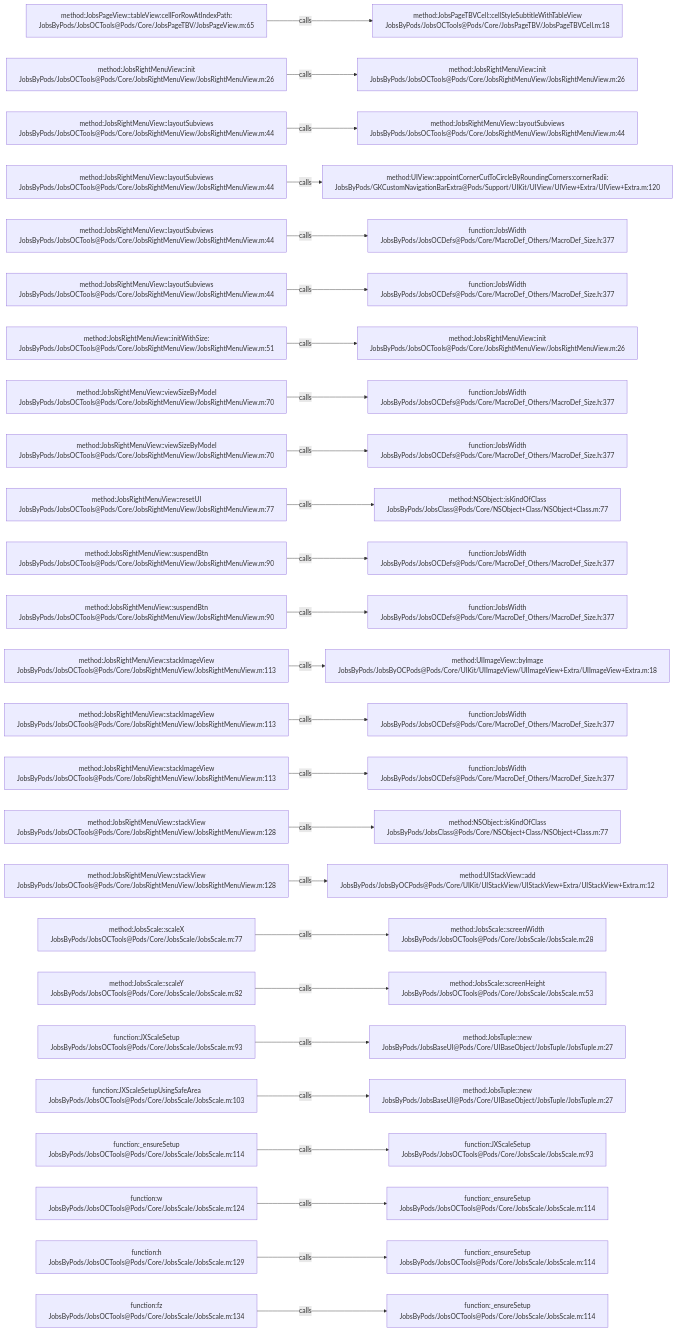
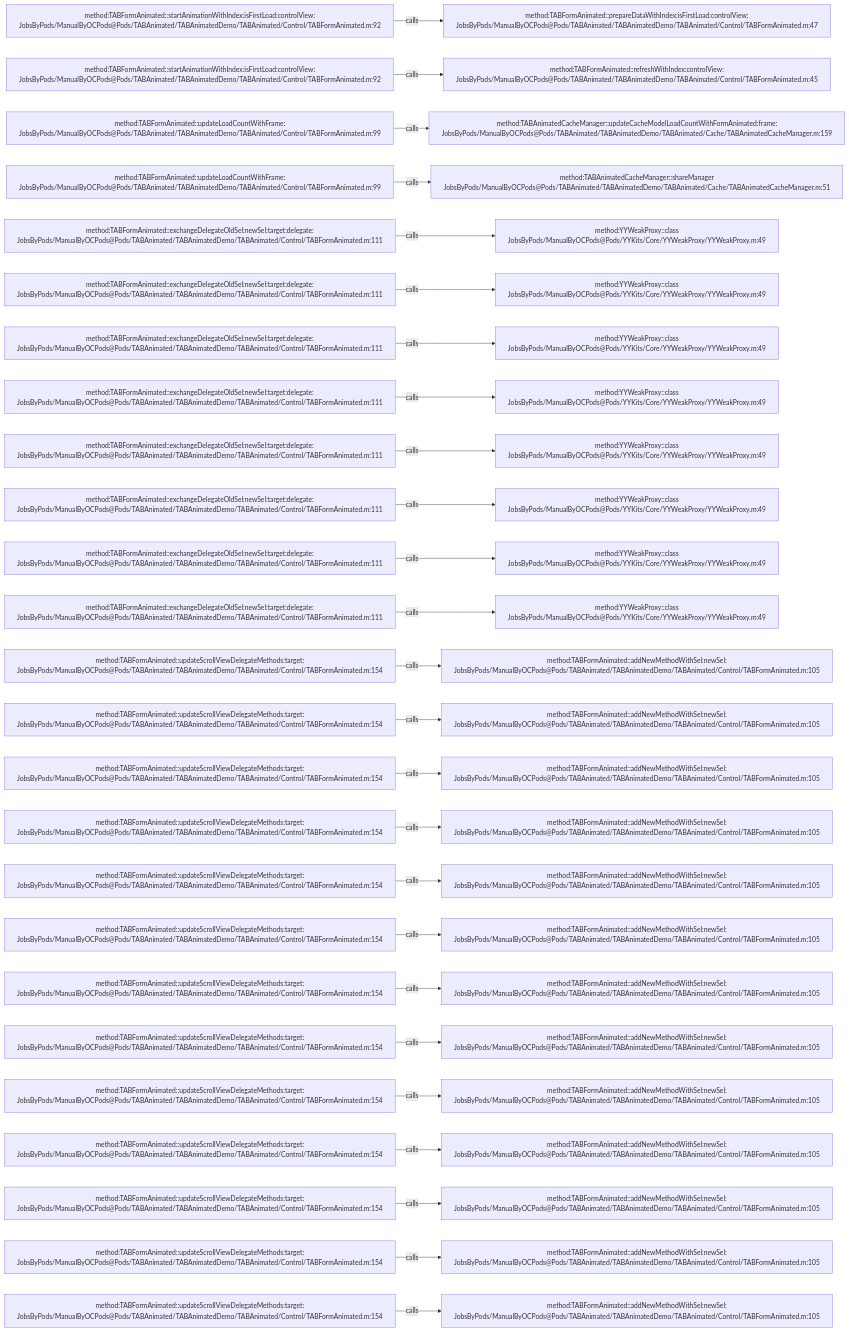
The diagram in .codegraph/codegraph.md/graphs/calls-199.md (JobsKits/JobsOCBaseConfigDemo), drawn with Mermaid before and after one commit. The commit also changed 1026 other files, not shown here.

````diff
--- a/.codegraph/codegraph.md/graphs/calls-199.md
+++ b/.codegraph/codegraph.md/graphs/calls-199.md
@@ -13,78 +13,78 @@
 ```mermaid
 flowchart LR
-  S1["method:JobsPageView::tableView:cellForRowAtIndexPath:<br/>JobsByPods/JobsOCTools@Pods/Core/JobsPageTBV/JobsPageView.m:65"]
-  T1["method:JobsPageTBVCell::cellStyleSubtitleWithTableView<br/>JobsByPods/JobsOCTools@Pods/Core/JobsPageTBV/JobsPageTBVCell.m:18"]
+  S1["method:TABFormAnimated::startAnimationWithIndex:isFirstLoad:controlView:<br/>JobsByPods/ManualByOCPods@Pods/TABAnimated/TABAnimatedDemo/TABAnimated/Control/TABFormAnimated.m:92"]
+  T1["method:TABFormAnimated::prepareDataWithIndex:isFirstLoad:controlView:<br/>JobsByPods/ManualByOCPods@Pods/TABAnimated/TABAnimatedDemo/TABAnimated/Control/TABFormAnimated.m:47"]
   S1 -->|calls| T1
-  S2["method:JobsRightMenuView::init<br/>JobsByPods/JobsOCTools@Pods/Core/JobsRightMenuView/JobsRightMenuView.m:26"]
-  T2["method:JobsRightMenuView::init<br/>JobsByPods/JobsOCTools@Pods/Core/JobsRightMenuView/JobsRightMenuView.m:26"]
+  S2["method:TABFormAnimated::startAnimationWithIndex:isFirstLoad:controlView:<br/>JobsByPods/ManualByOCPods@Pods/TABAnimated/TABAnimatedDemo/TABAnimated/Control/TABFormAnimated.m:92"]
+  T2["method:TABFormAnimated::refreshWithIndex:controlView:<br/>JobsByPods/ManualByOCPods@Pods/TABAnimated/TABAnimatedDemo/TABAnimated/Control/TABFormAnimated.m:45"]
   S2 -->|calls| T2
-  S3["method:JobsRightMenuView::layoutSubviews<br/>JobsByPods/JobsOCTools@Pods/Core/JobsRightMenuView/JobsRightMenuView.m:44"]
-  T3["method:JobsRightMenuView::layoutSubviews<br/>JobsByPods/JobsOCTools@Pods/Core/JobsRightMenuView/JobsRightMenuView.m:44"]
+  S3["method:TABFormAnimated::updateLoadCountWithFrame:<br/>JobsByPods/ManualByOCPods@Pods/TABAnimated/TABAnimatedDemo/TABAnimated/Control/TABFormAnimated.m:99"]
+  T3["method:TABAnimatedCacheManager::updateCacheModelLoadCountWithFormAnimated:frame:<br/>JobsByPods/ManualByOCPods@Pods/TABAnimated/TABAnimatedDemo/TABAnimated/Cache/TABAnimatedCacheManager.m:159"]
   S3 -->|calls| T3
-  S4["method:JobsRightMenuView::layoutSubviews<br/>JobsByPods/JobsOCTools@Pods/Core/JobsRightMenuView/JobsRightMenuView.m:44"]
-  T4["method:UIView::appointCornerCutToCircleByRoundingCorners:cornerRadii:<br/>JobsByPods/GKCustomNavigationBarExtra@Pods/Support/UIKit/UIView/UIView+Extra/UIView+Extra.m:120"]
+  S4["method:TABFormAnimated::updateLoadCountWithFrame:<br/>JobsByPods/ManualByOCPods@Pods/TABAnimated/TABAnimatedDemo/TABAnimated/Control/TABFormAnimated.m:99"]
+  T4["method:TABAnimatedCacheManager::shareManager<br/>JobsByPods/ManualByOCPods@Pods/TABAnimated/TABAnimatedDemo/TABAnimated/Cache/TABAnimatedCacheManager.m:51"]
   S4 -->|calls| T4
-  S5["method:JobsRightMenuView::layoutSubviews<br/>JobsByPods/JobsOCTools@Pods/Core/JobsRightMenuView/JobsRightMenuView.m:44"]
-  T5["function:JobsWidth<br/>JobsByPods/JobsOCDefs@Pods/Core/MacroDef_Others/MacroDef_Size.h:377"]
+  S5["method:TABFormAnimated::exchangeDelegateOldSel:newSel:target:delegate:<br/>JobsByPods/ManualByOCPods@Pods/TABAnimated/TABAnimatedDemo/TABAnimated/Control/TABFormAnimated.m:111"]
+  T5["method:YYWeakProxy::class<br/>JobsByPods/ManualByOCPods@Pods/YYKits/Core/YYWeakProxy/YYWeakProxy.m:49"]
   S5 -->|calls| T5
-  S6["method:JobsRightMenuView::layoutSubviews<br/>JobsByPods/JobsOCTools@Pods/Core/JobsRightMenuView/JobsRightMenuView.m:44"]
-  T6["function:JobsWidth<br/>JobsByPods/JobsOCDefs@Pods/Core/MacroDef_Others/MacroDef_Size.h:377"]
+  S6["method:TABFormAnimated::exchangeDelegateOldSel:newSel:target:delegate:<br/>JobsByPods/ManualByOCPods@Pods/TABAnimated/TABAnimatedDemo/TABAnimated/Control/TABFormAnimated.m:111"]
+  T6["method:YYWeakProxy::class<br/>JobsByPods/ManualByOCPods@Pods/YYKits/Core/YYWeakProxy/YYWeakProxy.m:49"]
   S6 -->|calls| T6
-  S7["method:JobsRightMenuView::initWithSize:<br/>JobsByPods/JobsOCTools@Pods/Core/JobsRightMenuView/JobsRightMenuView.m:51"]
-  T7["method:JobsRightMenuView::init<br/>JobsByPods/JobsOCTools@Pods/Core/JobsRightMenuView/JobsRightMenuView.m:26"]
+  S7["method:TABFormAnimated::exchangeDelegateOldSel:newSel:target:delegate:<br/>JobsByPods/ManualByOCPods@Pods/TABAnimated/TABAnimatedDemo/TABAnimated/Control/TABFormAnimated.m:111"]
+  T7["method:YYWeakProxy::class<br/>JobsByPods/ManualByOCPods@Pods/YYKits/Core/YYWeakProxy/YYWeakProxy.m:49"]
   S7 -->|calls| T7
-  S8["method:JobsRightMenuView::viewSizeByModel<br/>JobsByPods/JobsOCTools@Pods/Core/JobsRightMenuView/JobsRightMenuView.m:70"]
-  T8["function:JobsWidth<br/>JobsByPods/JobsOCDefs@Pods/Core/MacroDef_Others/MacroDef_Size.h:377"]
+  S8["method:TABFormAnimated::exchangeDelegateOldSel:newSel:target:delegate:<br/>JobsByPods/ManualByOCPods@Pods/TABAnimated/TABAnimatedDemo/TABAnimated/Control/TABFormAnimated.m:111"]
+  T8["method:YYWeakProxy::class<br/>JobsByPods/ManualByOCPods@Pods/YYKits/Core/YYWeakProxy/YYWeakProxy.m:49"]
   S8 -->|calls| T8
-  S9["method:JobsRightMenuView::viewSizeByModel<br/>JobsByPods/JobsOCTools@Pods/Core/JobsRightMenuView/JobsRightMenuView.m:70"]
-  T9["function:JobsWidth<br/>JobsByPods/JobsOCDefs@Pods/Core/MacroDef_Others/MacroDef_Size.h:377"]
+  S9["method:TABFormAnimated::exchangeDelegateOldSel:newSel:target:delegate:<br/>JobsByPods/ManualByOCPods@Pods/TABAnimated/TABAnimatedDemo/TABAnimated/Control/TABFormAnimated.m:111"]
+  T9["method:YYWeakProxy::class<br/>JobsByPods/ManualByOCPods@Pods/YYKits/Core/YYWeakProxy/YYWeakProxy.m:49"]
   S9 -->|calls| T9
-  S10["method:JobsRightMenuView::resetUI<br/>JobsByPods/JobsOCTools@Pods/Core/JobsRightMenuView/JobsRightMenuView.m:77"]
-  T10["method:NSObject::isKindOfClass<br/>JobsByPods/JobsClass@Pods/Core/NSObject+Class/NSObject+Class.m:77"]
+  S10["method:TABFormAnimated::exchangeDelegateOldSel:newSel:target:delegate:<br/>JobsByPods/ManualByOCPods@Pods/TABAnimated/TABAnimatedDemo/TABAnimated/Control/TABFormAnimated.m:111"]
+  T10["method:YYWeakProxy::class<br/>JobsByPods/ManualByOCPods@Pods/YYKits/Core/YYWeakProxy/YYWeakProxy.m:49"]
   S10 -->|calls| T10
-  S11["method:JobsRightMenuView::suspendBtn<br/>JobsByPods/JobsOCTools@Pods/Core/JobsRightMenuView/JobsRightMenuView.m:90"]
-  T11["function:JobsWidth<br/>JobsByPods/JobsOCDefs@Pods/Core/MacroDef_Others/MacroDef_Size.h:377"]
+  S11["method:TABFormAnimated::exchangeDelegateOldSel:newSel:target:delegate:<br/>JobsByPods/ManualByOCPods@Pods/TABAnimated/TABAnimatedDemo/TABAnimated/Control/TABFormAnimated.m:111"]
+  T11["method:YYWeakProxy::class<br/>JobsByPods/ManualByOCPods@Pods/YYKits/Core/YYWeakProxy/YYWeakProxy.m:49"]
   S11 -->|calls| T11
-  S12["method:JobsRightMenuView::suspendBtn<br/>JobsByPods/JobsOCTools@Pods/Core/JobsRightMenuView/JobsRightMenuView.m:90"]
-  T12["function:JobsWidth<br/>JobsByPods/JobsOCDefs@Pods/Core/MacroDef_Others/MacroDef_Size.h:377"]
+  S12["method:TABFormAnimated::exchangeDelegateOldSel:newSel:target:delegate:<br/>JobsByPods/ManualByOCPods@Pods/TABAnimated/TABAnimatedDemo/TABAnimated/Control/TABFormAnimated.m:111"]
+  T12["method:YYWeakProxy::class<br/>JobsByPods/ManualByOCPods@Pods/YYKits/Core/YYWeakProxy/YYWeakProxy.m:49"]
   S12 -->|calls| T12
-  S13["method:JobsRightMenuView::stackImageView<br/>JobsByPods/JobsOCTools@Pods/Core/JobsRightMenuView/JobsRightMenuView.m:113"]
-  T13["method:UIImageView::byImage<br/>JobsByPods/JobsByOCPods@Pods/Core/UIKit/UIImageView/UIImageView+Extra/UIImageView+Extra.m:18"]
+  S13["method:TABFormAnimated::updateScrollViewDelegateMethods:target:<br/>JobsByPods/ManualByOCPods@Pods/TABAnimated/TABAnimatedDemo/TABAnimated/Control/TABFormAnimated.m:154"]
+  T13["method:TABFormAnimated::addNewMethodWithSel:newSel:<br/>JobsByPods/ManualByOCPods@Pods/TABAnimated/TABAnimatedDemo/TABAnimated/Control/TABFormAnimated.m:105"]
   S13 -->|calls| T13
-  S14["method:JobsRightMenuView::stackImageView<br/>JobsByPods/JobsOCTools@Pods/Core/JobsRightMenuView/JobsRightMenuView.m:113"]
-  T14["function:JobsWidth<br/>JobsByPods/JobsOCDefs@Pods/Core/MacroDef_Others/MacroDef_Size.h:377"]
+  S14["method:TABFormAnimated::updateScrollViewDelegateMethods:target:<br/>JobsByPods/ManualByOCPods@Pods/TABAnimated/TABAnimatedDemo/TABAnimated/Control/TABFormAnimated.m:154"]
+  T14["method:TABFormAnimated::addNewMethodWithSel:newSel:<br/>JobsByPods/ManualByOCPods@Pods/TABAnimated/TABAnimatedDemo/TABAnimated/Control/TABFormAnimated.m:105"]
   S14 -->|calls| T14
-  S15["method:JobsRightMenuView::stackImageView<br/>JobsByPods/JobsOCTools@Pods/Core/JobsRightMenuView/JobsRightMenuView.m:113"]
-  T15["function:JobsWidth<br/>JobsByPods/JobsOCDefs@Pods/Core/MacroDef_Others/MacroDef_Size.h:377"]
+  S15["method:TABFormAnimated::updateScrollViewDelegateMethods:target:<br/>JobsByPods/ManualByOCPods@Pods/TABAnimated/TABAnimatedDemo/TABAnimated/Control/TABFormAnimated.m:154"]
+  T15["method:TABFormAnimated::addNewMethodWithSel:newSel:<br/>JobsByPods/ManualByOCPods@Pods/TABAnimated/TABAnimatedDemo/TABAnimated/Control/TABFormAnimated.m:105"]
   S15 -->|calls| T15
-  S16["method:JobsRightMenuView::stackView<br/>JobsByPods/JobsOCTools@Pods/Core/JobsRightMenuView/JobsRightMenuView.m:128"]
-  T16["method:NSObject::isKindOfClass<br/>JobsByPods/JobsClass@Pods/Core/NSObject+Class/NSObject+Class.m:77"]
+  S16["method:TABFormAnimated::updateScrollViewDelegateMethods:target:<br/>JobsByPods/ManualByOCPods@Pods/TABAnimated/TABAnimatedDemo/TABAnimated/Control/TABFormAnimated.m:154"]
+  T16["method:TABFormAnimated::addNewMethodWithSel:newSel:<br/>JobsByPods/ManualByOCPods@Pods/TABAnimated/TABAnimatedDemo/TABAnimated/Control/TABFormAnimated.m:105"]
   S16 -->|calls| T16
-  S17["method:JobsRightMenuView::stackView<br/>JobsByPods/JobsOCTools@Pods/Core/JobsRightMenuView/JobsRightMenuView.m:128"]
-  T17["method:UIStackView::add<br/>JobsByPods/JobsByOCPods@Pods/Core/UIKit/UIStackView/UIStackView+Extra/UIStackView+Extra.m:12"]
+  S17["method:TABFormAnimated::updateScrollViewDelegateMethods:target:<br/>JobsByPods/ManualByOCPods@Pods/TABAnimated/TABAnimatedDemo/TABAnimated/Control/TABFormAnimated.m:154"]
+  T17["method:TABFormAnimated::addNewMethodWithSel:newSel:<br/>JobsByPods/ManualByOCPods@Pods/TABAnimated/TABAnimatedDemo/TABAnimated/Control/TABFormAnimated.m:105"]
   S17 -->|calls| T17
-  S18["method:JobsScale::scaleX<br/>JobsByPods/JobsOCTools@Pods/Core/JobsScale/JobsScale.m:77"]
-  T18["method:JobsScale::screenWidth<br/>JobsByPods/JobsOCTools@Pods/Core/JobsScale/JobsScale.m:28"]
+  S18["method:TABFormAnimated::updateScrollViewDelegateMethods:target:<br/>JobsByPods/ManualByOCPods@Pods/TABAnimated/TABAnimatedDemo/TABAnimated/Control/TABFormAnimated.m:154"]
+  T18["method:TABFormAnimated::addNewMethodWithSel:newSel:<br/>JobsByPods/ManualByOCPods@Pods/TABAnimated/TABAnimatedDemo/TABAnimated/Control/TABFormAnimated.m:105"]
   S18 -->|calls| T18
-  S19["method:JobsScale::scaleY<br/>JobsByPods/JobsOCTools@Pods/Core/JobsScale/JobsScale.m:82"]
-  T19["method:JobsScale::screenHeight<br/>JobsByPods/JobsOCTools@Pods/Core/JobsScale/JobsScale.m:53"]
+  S19["method:TABFormAnimated::updateScrollViewDelegateMethods:target:<br/>JobsByPods/ManualByOCPods@Pods/TABAnimated/TABAnimatedDemo/TABAnimated/Control/TABFormAnimated.m:154"]
+  T19["method:TABFormAnimated::addNewMethodWithSel:newSel:<br/>JobsByPods/ManualByOCPods@Pods/TABAnimated/TABAnimatedDemo/TABAnimated/Control/TABFormAnimated.m:105"]
   S19 -->|calls| T19
-  S20["function:JXScaleSetup<br/>JobsByPods/JobsOCTools@Pods/Core/JobsScale/JobsScale.m:93"]
-  T20["method:JobsTuple::new<br/>JobsByPods/JobsBaseUI@Pods/Core/UIBaseObject/JobsTuple/JobsTuple.m:27"]
+  S20["method:TABFormAnimated::updateScrollViewDelegateMethods:target:<br/>JobsByPods/ManualByOCPods@Pods/TABAnimated/TABAnimatedDemo/TABAnimated/Control/TABFormAnimated.m:154"]
+  T20["method:TABFormAnimated::addNewMethodWithSel:newSel:<br/>JobsByPods/ManualByOCPods@Pods/TABAnimated/TABAnimatedDemo/TABAnimated/Control/TABFormAnimated.m:105"]
   S20 -->|calls| T20
-  S21["function:JXScaleSetupUsingSafeArea<br/>JobsByPods/JobsOCTools@Pods/Core/JobsScale/JobsScale.m:103"]
-  T21["method:JobsTuple::new<br/>JobsByPods/JobsBaseUI@Pods/Core/UIBaseObject/JobsTuple/JobsTuple.m:27"]
+  S21["method:TABFormAnimated::updateScrollViewDelegateMethods:target:<br/>JobsByPods/ManualByOCPods@Pods/TABAnimated/TABAnimatedDemo/TABAnimated/Control/TABFormAnimated.m:154"]
+  T21["method:TABFormAnimated::addNewMethodWithSel:newSel:<br/>JobsByPods/ManualByOCPods@Pods/TABAnimated/TABAnimatedDemo/TABAnimated/Control/TABFormAnimated.m:105"]
   S21 -->|calls| T21
-  S22["function:_ensureSetup<br/>JobsByPods/JobsOCTools@Pods/Core/JobsScale/JobsScale.m:114"]
-  T22["function:JXScaleSetup<br/>JobsByPods/JobsOCTools@Pods/Core/JobsScale/JobsScale.m:93"]
+  S22["method:TABFormAnimated::updateScrollViewDelegateMethods:target:<br/>JobsByPods/ManualByOCPods@Pods/TABAnimated/TABAnimatedDemo/TABAnimated/Control/TABFormAnimated.m:154"]
+  T22["method:TABFormAnimated::addNewMethodWithSel:newSel:<br/>JobsByPods/ManualByOCPods@Pods/TABAnimated/TABAnimatedDemo/TABAnimated/Control/TABFormAnimated.m:105"]
   S22 -->|calls| T22
-  S23["function:w<br/>JobsByPods/JobsOCTools@Pods/Core/JobsScale/JobsScale.m:124"]
-  T23["function:_ensureSetup<br/>JobsByPods/JobsOCTools@Pods/Core/JobsScale/JobsScale.m:114"]
+  S23["method:TABFormAnimated::updateScrollViewDelegateMethods:target:<br/>JobsByPods/ManualByOCPods@Pods/TABAnimated/TABAnimatedDemo/TABAnimated/Control/TABFormAnimated.m:154"]
+  T23["method:TABFormAnimated::addNewMethodWithSel:newSel:<br/>JobsByPods/ManualByOCPods@Pods/TABAnimated/TABAnimatedDemo/TABAnimated/Control/TABFormAnimated.m:105"]
   S23 -->|calls| T23
-  S24["function:h<br/>JobsByPods/JobsOCTools@Pods/Core/JobsScale/JobsScale.m:129"]
-  T24["function:_ensureSetup<br/>JobsByPods/JobsOCTools@Pods/Core/JobsScale/JobsScale.m:114"]
+  S24["method:TABFormAnimated::updateScrollViewDelegateMethods:target:<br/>JobsByPods/ManualByOCPods@Pods/TABAnimated/TABAnimatedDemo/TABAnimated/Control/TABFormAnimated.m:154"]
+  T24["method:TABFormAnimated::addNewMethodWithSel:newSel:<br/>JobsByPods/ManualByOCPods@Pods/TABAnimated/TABAnimatedDemo/TABAnimated/Control/TABFormAnimated.m:105"]
   S24 -->|calls| T24
-  S25["function:fz<br/>JobsByPods/JobsOCTools@Pods/Core/JobsScale/JobsScale.m:134"]
-  T25["function:_ensureSetup<br/>JobsByPods/JobsOCTools@Pods/Core/JobsScale/JobsScale.m:114"]
+  S25["method:TABFormAnimated::updateScrollViewDelegateMethods:target:<br/>JobsByPods/ManualByOCPods@Pods/TABAnimated/TABAnimatedDemo/TABAnimated/Control/TABFormAnimated.m:154"]
+  T25["method:TABFormAnimated::addNewMethodWithSel:newSel:<br/>JobsByPods/ManualByOCPods@Pods/TABAnimated/TABAnimatedDemo/TABAnimated/Control/TABFormAnimated.m:105"]
   S25 -->|calls| T25
 ```
````
